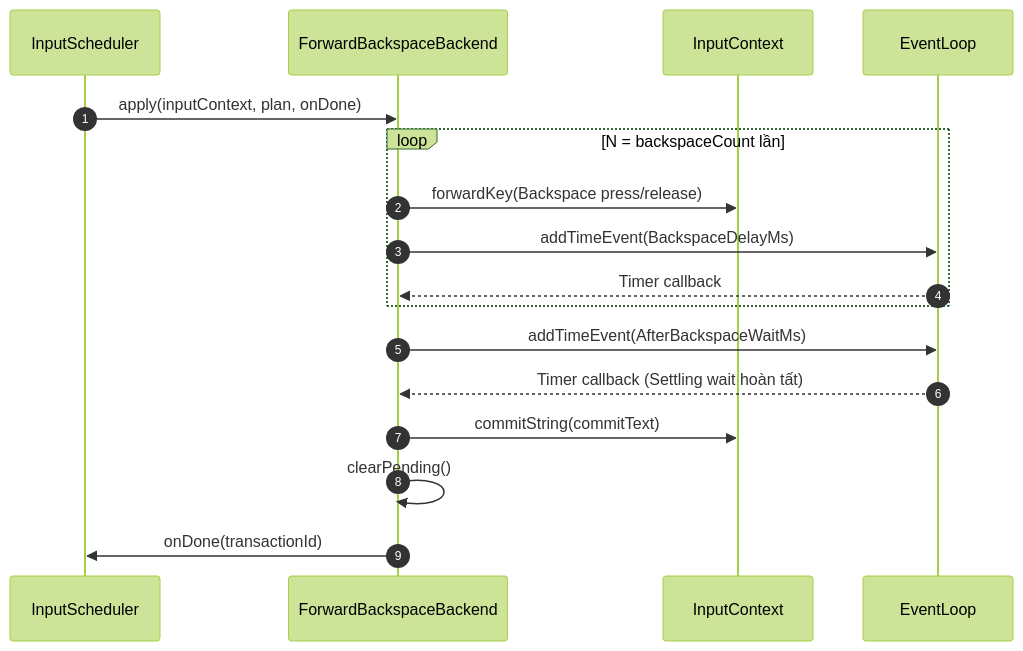
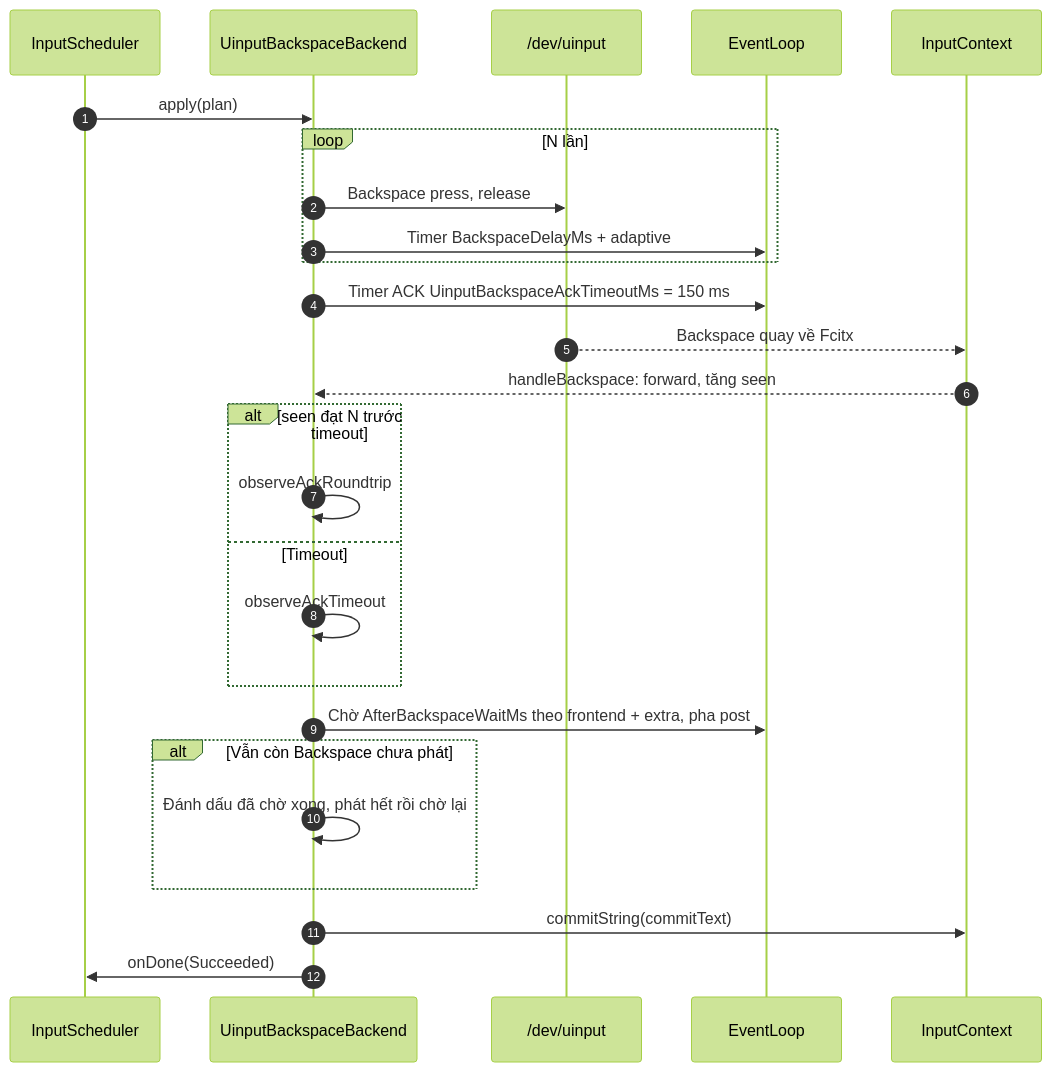
One commit to xhkzeroone/ArecaIME changed the sixth of 7 diagrams in docs/ARECA_ARCHITECTURE_SPECIFICATION.md. Above: the diagram before and after it, drawn with Mermaid (forest theme). The commit also changed other lines of this file and 5 other files, not shown here.

````diff
--- a/docs/ARECA_ARCHITECTURE_SPECIFICATION.md
+++ b/docs/ARECA_ARCHITECTURE_SPECIFICATION.md
@@ -293,22 +274,29 @@
 ```mermaid
 sequenceDiagram
     autonumber
     participant S as InputScheduler
-    participant B as ForwardBackspaceBackend
+    participant B as UinputBackspaceBackend
+    participant DEV as /dev/uinput
+    participant EL as EventLoop
     participant IC as InputContext
-    participant EL as EventLoop
 
-    S->>B: apply(inputContext, plan, onDone)
-    
-    loop N = backspaceCount lần
-        B->>IC: forwardKey(Backspace press/release)
-        B->>EL: addTimeEvent(BackspaceDelayMs)
-        EL-->>B: Timer callback
+    S->>B: apply(plan)
+    loop N lần
+        B->>DEV: Backspace press, release
+        B->>EL: Timer BackspaceDelayMs + adaptive
     end
-    
-    B->>EL: addTimeEvent(AfterBackspaceWaitMs)
-    EL-->>B: Timer callback (Settling wait hoàn tất)
+    B->>EL: Timer ACK UinputBackspaceAckTimeoutMs = 150 ms
+    DEV-->>IC: Backspace quay về Fcitx
+    IC-->>B: handleBackspace: forward, tăng seen
+    alt seen đạt N trước timeout
+        B->>B: observeAckRoundtrip
+    else Timeout
+        B->>B: observeAckTimeout
+    end
+    B->>EL: Chờ AfterBackspaceWaitMs theo frontend + extra, pha post
+    alt Vẫn còn Backspace chưa phát
+        B->>B: Đánh dấu đã chờ xong, phát hết rồi chờ lại
+    end
     B->>IC: commitString(commitText)
-    B->>B: clearPending()
-    B->>S: onDone(transactionId)
+    B->>S: onDone(Succeeded)
 ```
````
